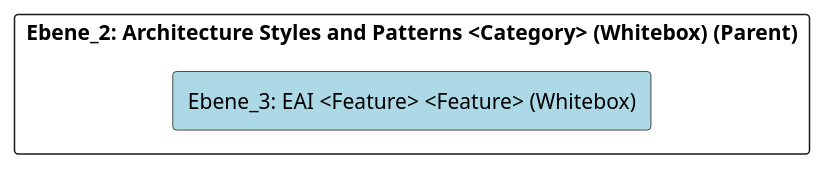
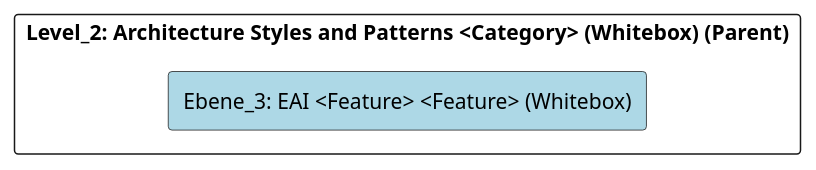
One commit to marcozwyssig/cleon changed the diagram in doc/cleonproject_deliverables_architecture_model_architecture/adoc/de/05_bausteinsicht/cleon/architecture_styles_and_patterns/eai/ebene_3_eai.adoc. Above: the diagram before and after it, drawn with PlantUML. The commit also changed other lines of this file and 169 other files, not shown here.

```diff
--- a/doc/cleonproject_deliverables_architecture_model_architecture/adoc/de/05_bausteinsicht/cleon/architecture_styles_and_patterns/eai/ebene_3_eai.adoc
+++ b/doc/cleonproject_deliverables_architecture_model_architecture/adoc/de/05_bausteinsicht/cleon/architecture_styles_and_patterns/eai/ebene_3_eai.adoc
@@ -20,24 +20,24 @@
 [plantuml, Ebene_3: EAI <Feature> <Feature> (Whitebox)BlockOverview, format="svg"]
 ----
 @startuml Ebene_3: EAI <Feature> <Feature> (Whitebox)BuildingBlockOverview
 
 skinparam ranksep 10
 skinparam componentStyle rectangle
 skinparam shadowing false
 skinparam arrowColor lightblue
 skinparam arrowThickness 1.2
 skinparam rectangle {
   BackgroundColor White
   BorderColor #333
   RoundCorner 10
 }
 top to bottom direction
 
-component "Ebene_2: Architecture Styles and Patterns <Category> (Whitebox) (Parent)" {
+component "Level_2: Architecture Styles and Patterns <Category> (Whitebox) (Parent)" {
     component "Ebene_3: EAI <Feature> <Feature> (Whitebox)" #lightblue {
     }
 
 }
 
 @enduml
 ----
```
